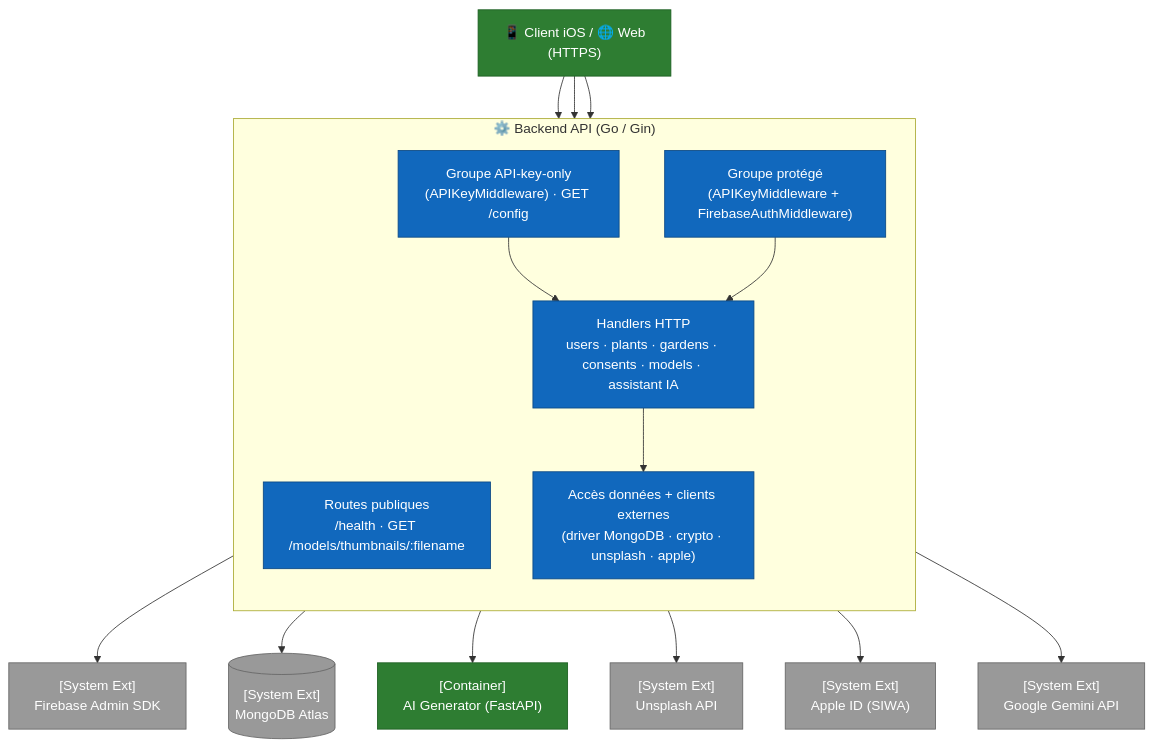
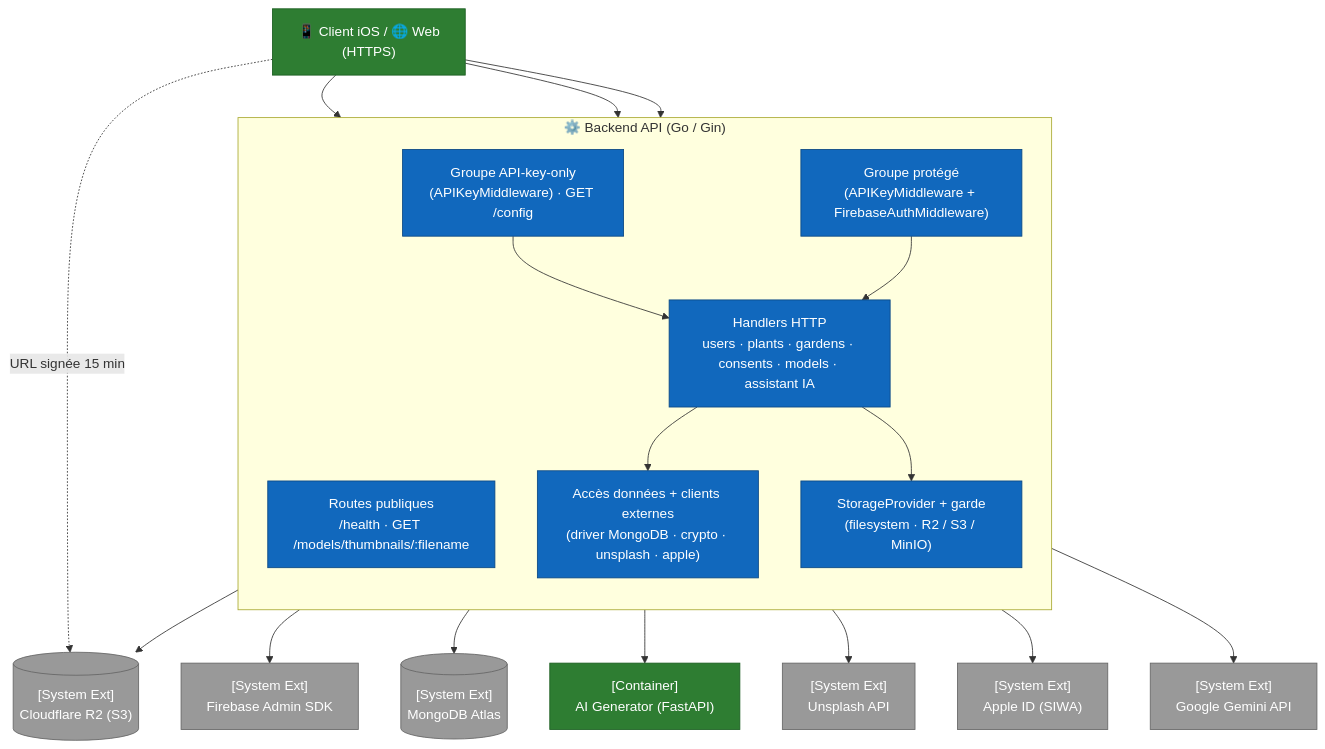
Before and after one commit to ArboreTeam/Arbore: the diagram in docs/fr/architecture/03-components-backend.md, drawn with Mermaid. The commit also changed 11 other files, not shown here.

````diff
--- a/docs/fr/architecture/03-components-backend.md
+++ b/docs/fr/architecture/03-components-backend.md
@@ -9,41 +9,46 @@
 ```mermaid
 flowchart TB
     client["📱 Client iOS / 🌐 Web<br/>(HTTPS)"]
 
     subgraph backend["⚙️ Backend API (Go / Gin)"]
         direction TB
         public["Routes publiques<br/>/health · GET /models/thumbnails/:filename"]
         apikey["Groupe API-key-only<br/>(APIKeyMiddleware) · GET /config"]
         protected["Groupe protégé<br/>(APIKeyMiddleware + FirebaseAuthMiddleware)"]
         handlers["Handlers HTTP<br/>users · plants · gardens · consents · models · assistant IA"]
         access["Accès données + clients externes<br/>(driver MongoDB · crypto · unsplash · apple)"]
+        storage["StorageProvider + garde<br/>(filesystem · R2 / S3 / MinIO)"]
 
         apikey --> handlers
         protected --> handlers
         handlers --> access
+        handlers --> storage
     end
 
     mongo[("[System Ext]<br/>MongoDB Atlas")]
     firebase_admin["[System Ext]<br/>Firebase Admin SDK"]
     ai_gen["[Container]<br/>AI Generator (FastAPI)"]
     unsplash["[System Ext]<br/>Unsplash API"]
     apple["[System Ext]<br/>Apple ID (SIWA)"]
     gemini["[System Ext]<br/>Google Gemini API"]
+    storage_ext[("[System Ext]<br/>Cloudflare R2 (S3)")]
 
     client --> public
     client --> apikey
     client --> protected
     protected --> firebase_admin
     access --> mongo
     access --> ai_gen
     access --> unsplash
     access --> apple
     handlers --> gemini
+    storage --> storage_ext
+    client -. "URL signée 15 min" .-> storage_ext
 
     classDef ext   fill:#999,stroke:#666,color:#fff
     classDef layer fill:#1168BD,stroke:#0B4884,color:#fff
     classDef cont  fill:#2E7D32,stroke:#1B5E20,color:#fff
-    class public,apikey,protected,handlers,access layer
+    class public,apikey,protected,handlers,access,storage layer
     class client,ai_gen cont
-    class mongo,firebase_admin,unsplash,apple,gemini ext
+    class mongo,firebase_admin,unsplash,apple,gemini,storage_ext ext
 ```
````
